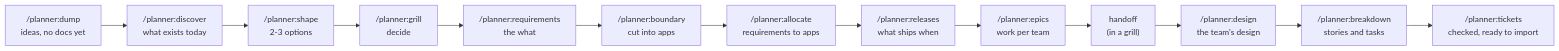
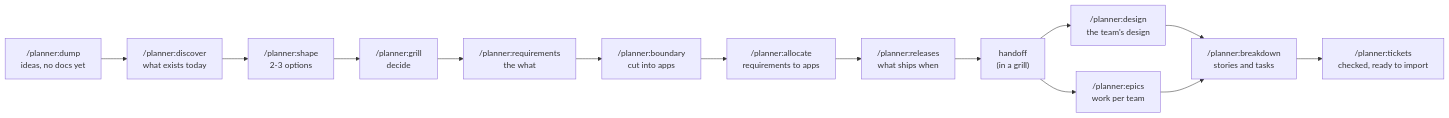
One commit to smalls257/vela changed the second of 2 diagrams in docs/GUIDE.md. Above: the diagram before and after it, drawn with Mermaid. The commit also changed other lines of this file and 14 other files, not shown here.

````diff
--- a/docs/GUIDE.md
+++ b/docs/GUIDE.md
@@ -97,15 +97,16 @@
 ```mermaid
 flowchart LR
   A["/planner:dump<br/>ideas, no docs yet"] --> B["/planner:discover<br/>what exists today"]
   B --> C["/planner:shape<br/>2-3 options"]
   C --> D["/planner:grill<br/>decide"]
   D --> E["/planner:requirements<br/>the what"]
   E --> F["/planner:boundary<br/>cut into apps"]
   F --> G["/planner:allocate<br/>requirements to apps"]
   G --> H["/planner:releases<br/>what ships when"]
-  H --> I["/planner:epics<br/>work per team"]
-  I --> J["handoff<br/>(in a grill)"]
+  H --> J["handoff<br/>(in a grill)"]
+  J --> I["/planner:epics<br/>work per team"]
   J --> K["/planner:design<br/>the team's design"]
   K --> L["/planner:breakdown<br/>stories and tasks"]
+  I --> L
   L --> M["/planner:tickets<br/>checked, ready to import"]
 ```
````
